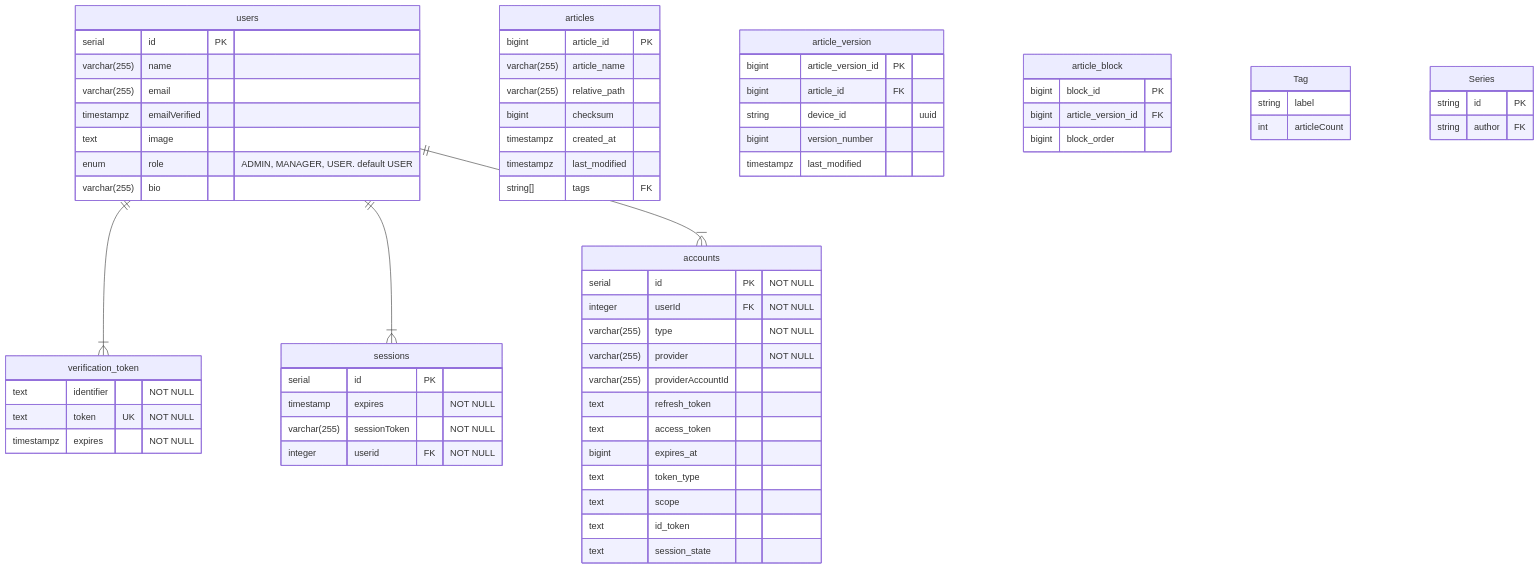
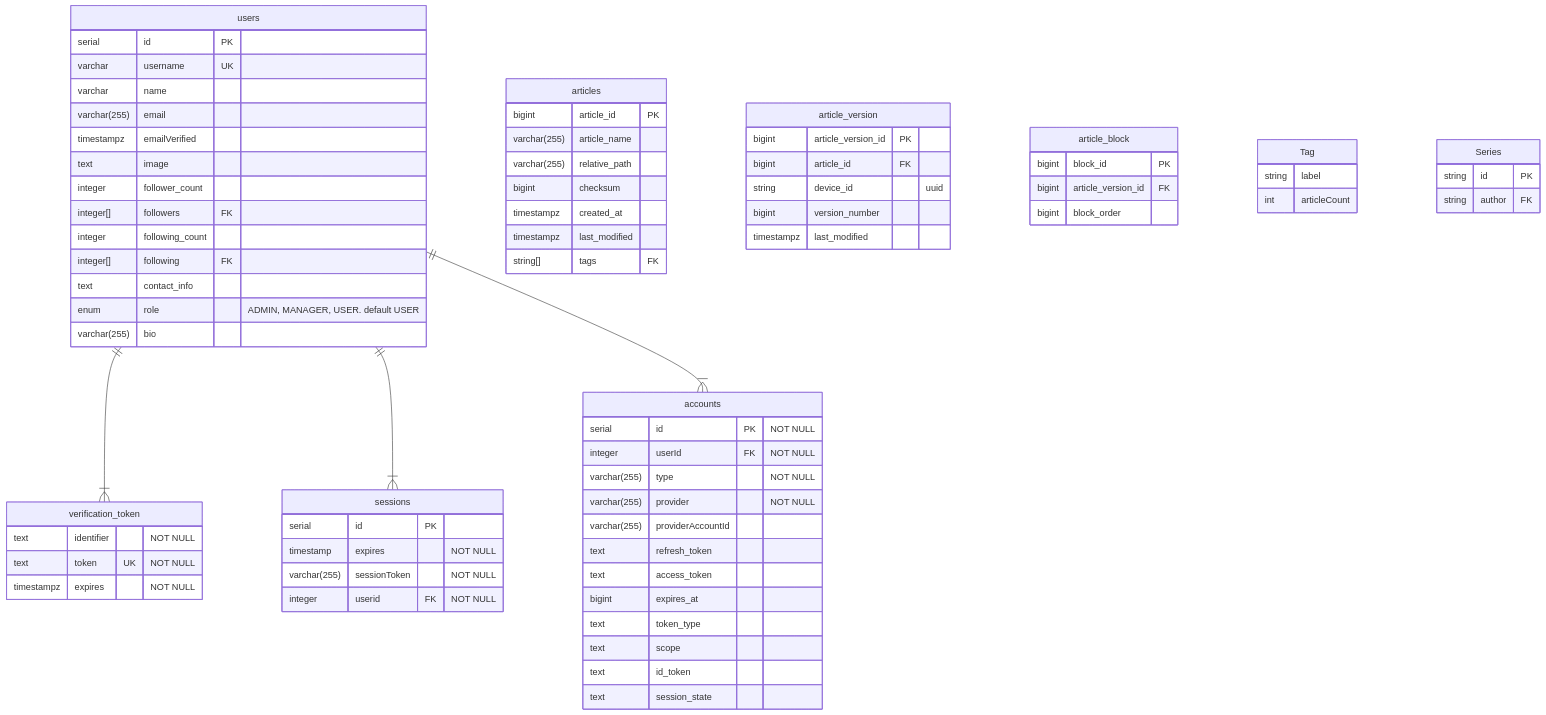
Before and after one commit to 4ry1337/my-obsidian: the sixth of 6 diagrams in Capstone/Diagrams.md, drawn with Mermaid.

Commit message:
vault backup: 2024-01-18 09:32:05

````diff
--- a/Capstone/Diagrams.md
+++ b/Capstone/Diagrams.md
@@ -224,74 +224,80 @@
 ```mermaid
 erDiagram
 accounts {
 	serial id PK "NOT NULL"  
 	integer userId FK "NOT NULL"
 	varchar(255) type "NOT NULL"
 	varchar(255) provider "NOT NULL"
 	varchar(255) providerAccountId
 	text refresh_token
 	text access_token 
 	bigint expires_at
 	text token_type
 	text scope
 	text id_token
 	text session_state
 }
 
 users {
 	serial id PK
-	varchar(255) name
+	varchar username UK
+	varchar name
 	varchar(255) email
 	timestampz emailVerified
 	text image
+	
+	integer follower_count
+	integer[] followers FK
+	integer following_count
+	integer[] following FK
 
-	
+	text contact_info
 
 	enum role "ADMIN, MANAGER, USER. default USER"
 	varchar(255) bio
 }
 sessions {
 	serial id PK
 	timestamp expires "NOT NULL"
 	varchar(255) sessionToken "NOT NULL"
 	integer userid FK "NOT NULL"
 }
 verification_token {
 	text identifier "NOT NULL"
 	text token UK "NOT NULL"
 	timestampz expires "NOT NULL"
 }
 users ||--|{ verification_token : ""
 users ||--|{ sessions : ""
 users ||--|{ accounts : ""
 
 articles {
 	bigint article_id PK
 	varchar(255) article_name
 	varchar(255) relative_path
 	bigint checksum
 	timestampz created_at
 	timestampz last_modified
 	string[] tags FK
 }
 article_version {
 	bigint article_version_id PK
 	bigint article_id FK
 	string device_id "uuid"
 	bigint version_number
 	timestampz last_modified
 }
 article_block {
 	bigint block_id PK
 	bigint article_version_id FK
 	bigint block_order
 }
 Tag {
 	string label
 	int articleCount
 }
 Series {
 	string id PK
 	string author FK
 }
 ```
````
